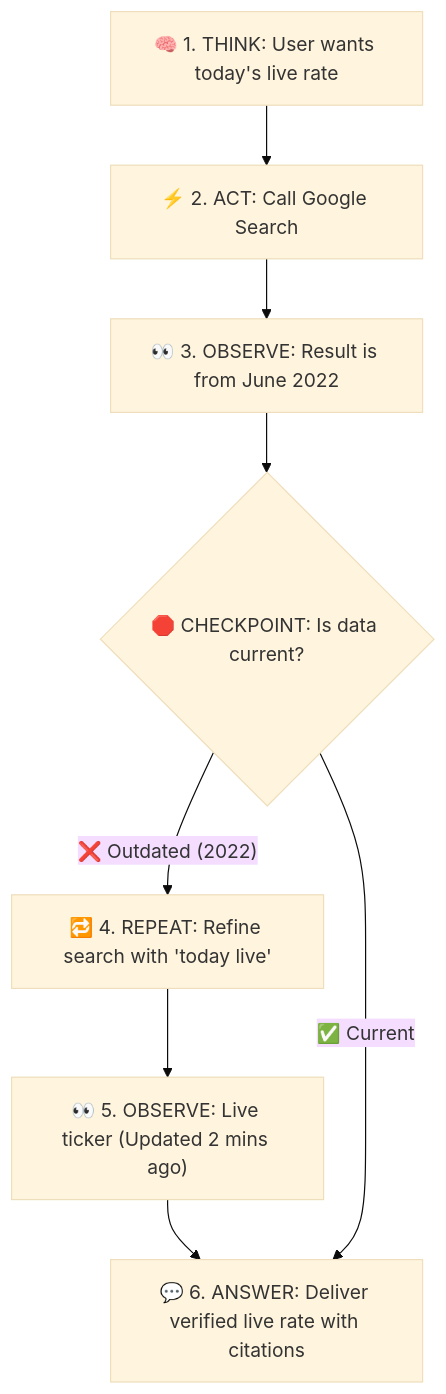
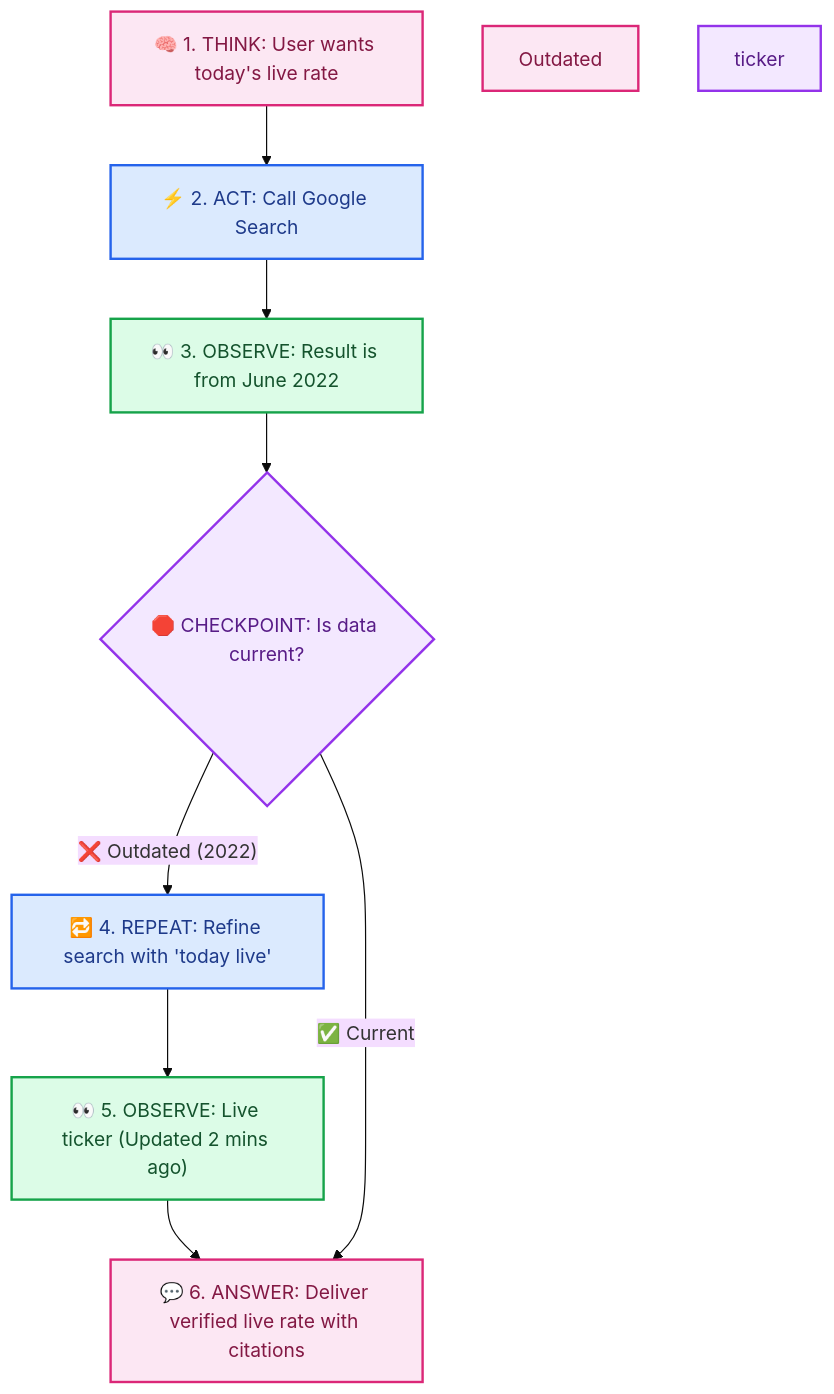
The diagram in README.md (RobinaMirbahar/ai-administrator-session-01-lab), drawn with Mermaid (base theme) before and after one commit. The commit also changed other lines of this file, not shown here.

Commit message:
docs: add 3-line Author & Companion Publication header, color-coded Mermaid diagram, and remove repetitive footer

````diff
--- a/README.md
+++ b/README.md
@@ -224,10 +224,19 @@
 ```mermaid
 flowchart TD
     A["🧠 1. THINK: User wants today's live rate"] --> B["⚡ 2. ACT: Call Google Search"]
     B --> C["👀 3. OBSERVE: Result is from June 2022"]
     C --> D{"🛑 CHECKPOINT: Is data current?"}
     D -- "❌ Outdated (2022)" --> E["🔁 4. REPEAT: Refine search with 'today live'"]
     E --> F["👀 5. OBSERVE: Live ticker (Updated 2 mins ago)"]
     F --> G["💬 6. ANSWER: Deliver verified live rate with citations"]
     D -- "✅ Current" --> G
+    style A fill:#fce7f3,stroke:#db2777,stroke-width:2px,color:#831843
+    style B fill:#dbeafe,stroke:#2563eb,stroke-width:2px,color:#1e3a8a
+    style C fill:#dcfce7,stroke:#16a34a,stroke-width:2px,color:#14532d
+    style D fill:#f3e8ff,stroke:#9333ea,stroke-width:2px,color:#581c87
+    style Outdated fill:#fce7f3,stroke:#db2777,stroke-width:2px,color:#831843
+    style E fill:#dbeafe,stroke:#2563eb,stroke-width:2px,color:#1e3a8a
+    style F fill:#dcfce7,stroke:#16a34a,stroke-width:2px,color:#14532d
+    style ticker fill:#f3e8ff,stroke:#9333ea,stroke-width:2px,color:#581c87
+    style G fill:#fce7f3,stroke:#db2777,stroke-width:2px,color:#831843
 ```
````
